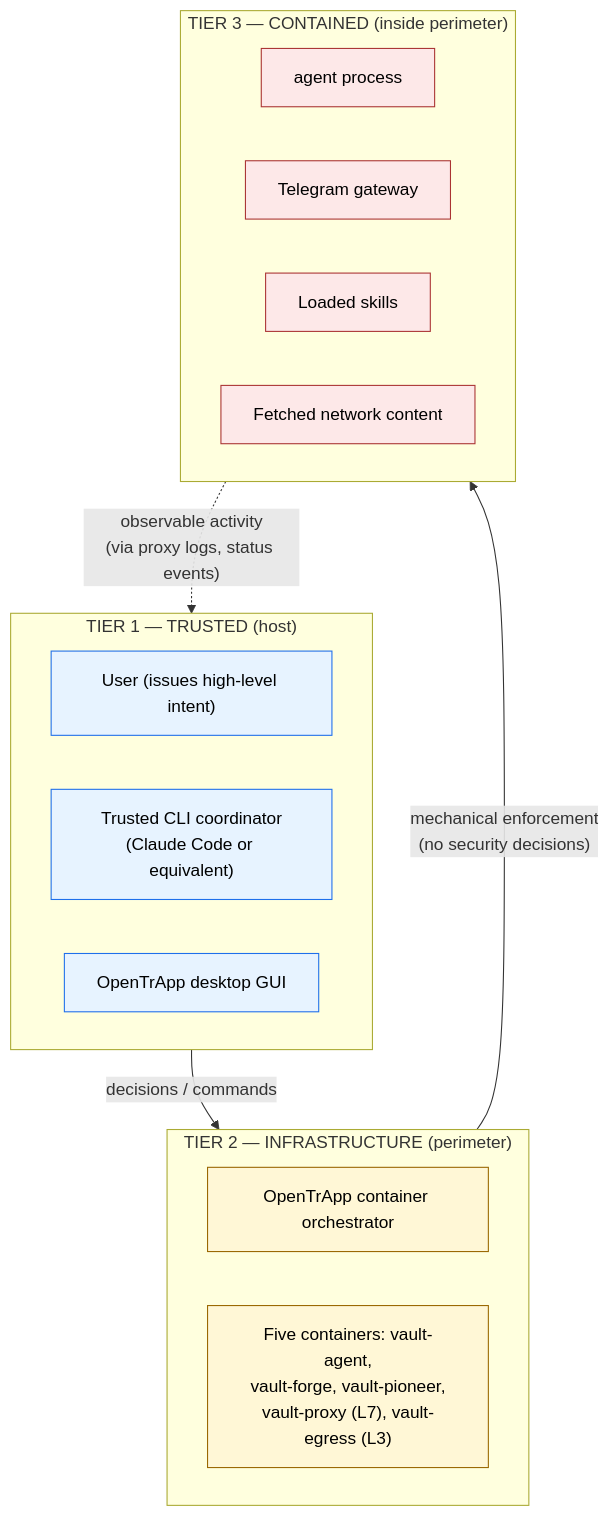
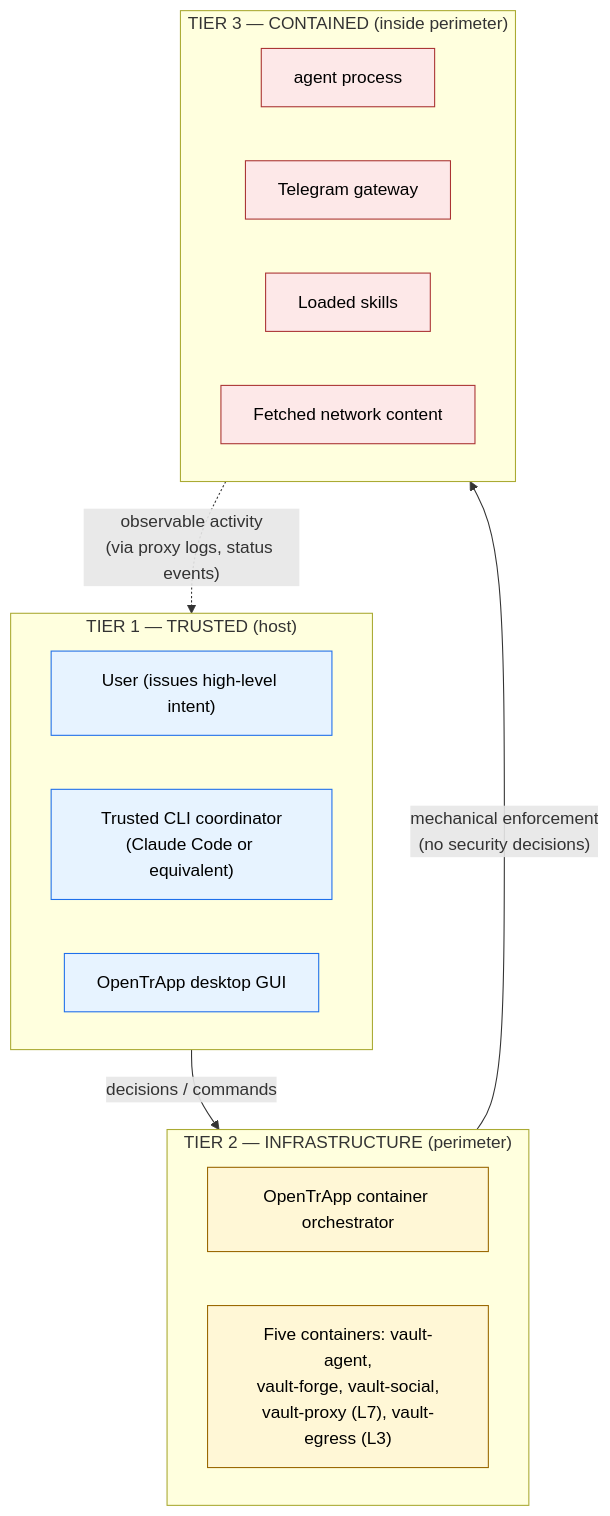
One commit to albertdobmeyer/opentrapp changed the second of 5 diagrams in docs/diagrams.md. Above: the diagram before and after it, drawn with Mermaid. The commit also changed other lines of this file and 352 other files, not shown here.

````diff
--- a/docs/diagrams.md
+++ b/docs/diagrams.md
@@ -74,35 +74,35 @@
 ```mermaid
 flowchart TD
     subgraph T1["TIER 1 — TRUSTED (host)"]
         direction LR
         T1A["User (issues high-level intent)"]
         T1B["Trusted CLI coordinator<br/>(Claude Code or equivalent)"]
         T1C["OpenTrApp desktop GUI"]
     end
 
     subgraph T2["TIER 2 — INFRASTRUCTURE (perimeter)"]
         direction LR
         T2A["OpenTrApp container orchestrator"]
-        T2B["Five containers: vault-agent,<br/>vault-forge, vault-pioneer,<br/>vault-proxy (L7), vault-egress (L3)"]
+        T2B["Five containers: vault-agent,<br/>vault-forge, vault-social,<br/>vault-proxy (L7), vault-egress (L3)"]
     end
 
     subgraph T3["TIER 3 — CONTAINED (inside perimeter)"]
         direction LR
         T3A[agent process]
         T3B[Telegram gateway]
         T3C[Loaded skills]
         T3D[Fetched network content]
     end
 
     T1 -->|"decisions / commands"| T2
     T2 -->|"mechanical enforcement<br/>(no security decisions)"| T3
     T3 -.->|"observable activity<br/>(via proxy logs, status events)"| T1
 
     classDef trusted fill:#e7f3ff,stroke:#1f6feb,color:#000
     classDef infra fill:#fff7d6,stroke:#9a6700,color:#000
     classDef contained fill:#fde8e8,stroke:#aa3333,color:#000
 
     class T1A,T1B,T1C trusted
     class T2A,T2B infra
     class T3A,T3B,T3C,T3D contained
 ```
````
